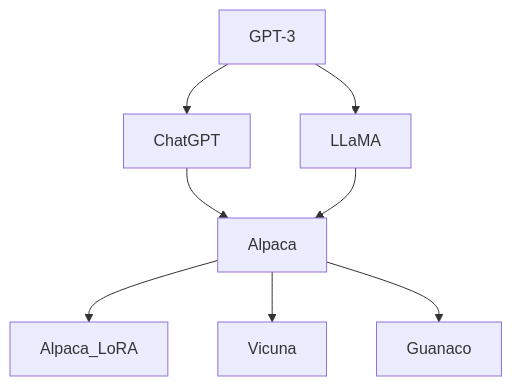
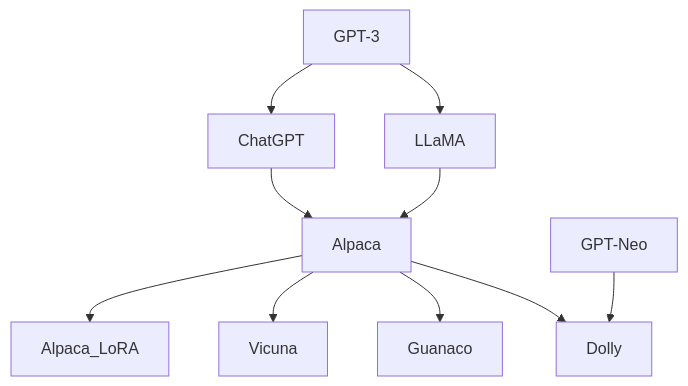
Before and after one commit to ted-sharp/chatvox: the ninth of 11 diagrams in doc/llm.md, drawn with Mermaid. The commit also changed other lines of this file, not shown here.

````diff
--- a/doc/llm.md
+++ b/doc/llm.md
@@ -265,11 +302,13 @@
 ```mermaid
 flowchart
 
 GPT-3  --> LLaMA
 GPT-3 --> ChatGPT --> Alpaca
 LLaMA --> Alpaca
 Alpaca --> Alpaca_LoRA
 Alpaca --> Vicuna
 Alpaca --> Guanaco
+Alpaca --> Dolly
+GPT-Neo --> Dolly
 
 ```
````
